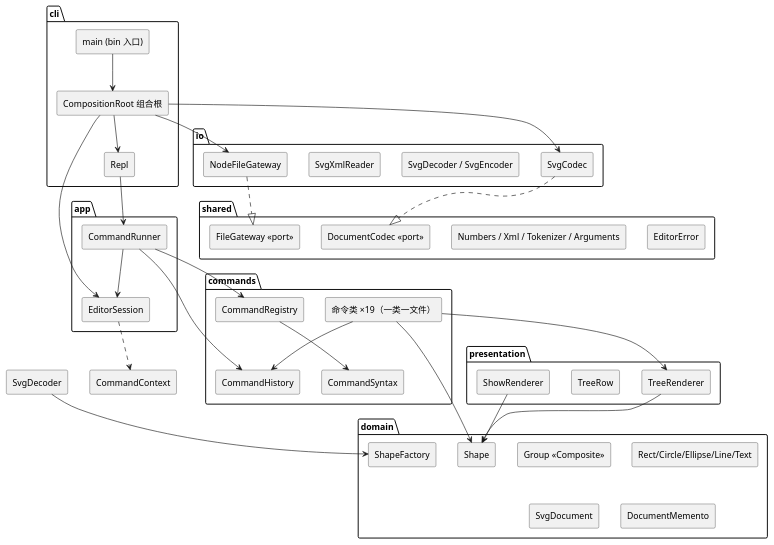
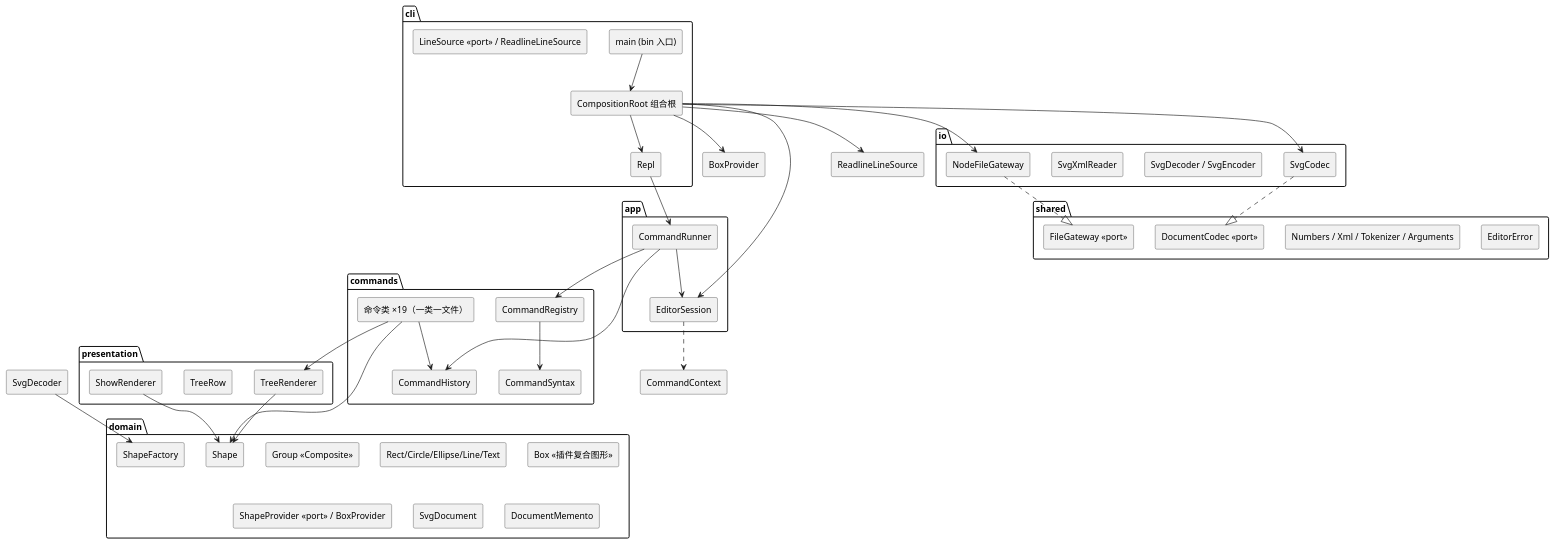
One commit to bhtrj/svg-editor-cli changed the diagram in doc/README.md. Above: the diagram before and after it, drawn with PlantUML. The commit also changed other lines of this file and 2 other files, not shown here.

````diff
--- a/doc/README.md
+++ b/doc/README.md
@@ -50,66 +53,71 @@
 ```plantuml
 @startuml
 skinparam componentStyle rectangle
 
 package "cli" {
   [main (bin 入口)]
   [CompositionRoot 组合根]
   [Repl]
+  [LineSource «port» / ReadlineLineSource]
 }
 package "app" {
   [CommandRunner]
   [EditorSession]
 }
 package "commands" {
   [CommandRegistry]
   [命令类 ×19（一类一文件）]
   [CommandHistory]
   [CommandSyntax]
 }
 package "presentation" {
   [TreeRenderer]
   [TreeRow]
   [ShowRenderer]
 }
 package "domain" {
   [Shape]
   [Group «Composite»]
   [Rect/Circle/Ellipse/Line/Text]
+  [Box «插件复合图形»]
+  [ShapeProvider «port» / BoxProvider]
   [SvgDocument]
   [ShapeFactory]
   [DocumentMemento]
 }
 package "io" {
   [SvgCodec]
   [SvgDecoder / SvgEncoder]
   [SvgXmlReader]
   [NodeFileGateway]
 }
 package "shared" {
   [EditorError]
   [Numbers / Xml / Tokenizer / Arguments]
   [FileGateway «port»]
   [DocumentCodec «port»]
 }
 
 [main (bin 入口)] --> [CompositionRoot 组合根]
 [CompositionRoot 组合根] --> [Repl]
+[CompositionRoot 组合根] --> [ReadlineLineSource]
+[CompositionRoot 组合根] --> [BoxProvider]
 [CompositionRoot 组合根] --> [EditorSession]
 [CompositionRoot 组合根] --> [SvgCodec]
 [CompositionRoot 组合根] --> [NodeFileGateway]
 [Repl] --> [CommandRunner]
 [CommandRunner] --> [CommandRegistry]
 [CommandRunner] --> [CommandHistory]
 [CommandRunner] --> [EditorSession]
 [EditorSession] ..> [CommandContext]
 [命令类 ×19（一类一文件）] --> [Shape]
 [命令类 ×19（一类一文件）] --> [CommandHistory]
 [命令类 ×19（一类一文件）] --> [TreeRenderer]
 [CommandRegistry] --> [CommandSyntax]
 [SvgCodec] ..|> [DocumentCodec «port»]
 [NodeFileGateway] ..|> [FileGateway «port»]
 [SvgDecoder] --> [ShapeFactory]
 [TreeRenderer] --> [Shape]
 [ShowRenderer] --> [Shape]
 @enduml
 ```
````
